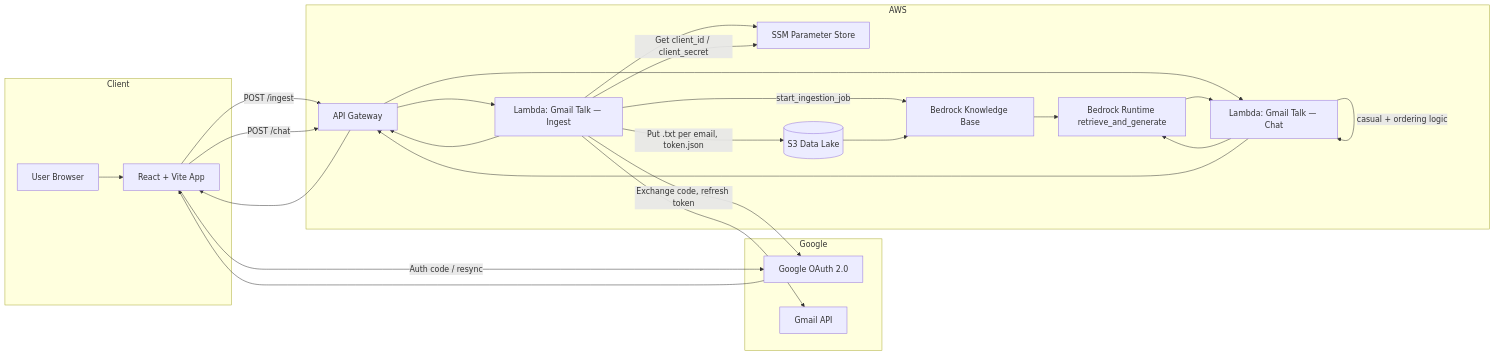
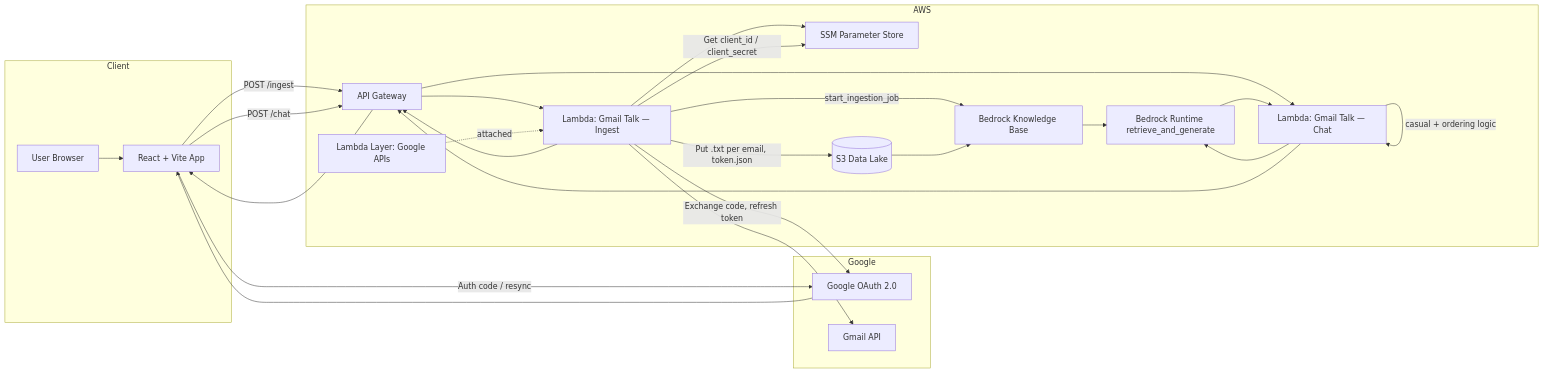
The diagram in README.md (paresh-p-crest/gmailchatbot), drawn with Mermaid before and after one commit. The commit also changed other lines of this file, not shown here.

````diff
--- a/README.md
+++ b/README.md
@@ -47,44 +81,46 @@
 ```mermaid
 flowchart LR
     subgraph Client
         U[User Browser]
         R[React + Vite App]
     end
 
     subgraph Google
         G[Google OAuth 2.0]
         GM[Gmail API]
     end
 
     subgraph AWS
         AG[API Gateway]
         LI[Lambda: Gmail Talk — Ingest]
         LC[Lambda: Gmail Talk — Chat]
+        LYR[Lambda Layer: Google APIs]
         SSM[SSM Parameter Store]
         S3[(S3 Data Lake)]
         BKB[Bedrock Knowledge Base]
         BR[Bedrock Runtime retrieve_and_generate]
     end
 
     U --> R
     R -->|Auth code / resync| G
     G --> R
     R -->|POST /ingest| AG
     R -->|POST /chat| AG
     AG --> LI
     AG --> LC
+    LYR -.->|attached| LI
     LI --> SSM
     LI -->|Get client_id / client_secret| SSM
     LI -->|Exchange code, refresh token| G
     LI --> GM
     LI -->|Put .txt per email, token.json| S3
     LI -->|start_ingestion_job| BKB
     S3 --> BKB
     LC -->|casual + ordering logic| LC
     LC --> BR
     BKB --> BR
     BR --> LC
     LC --> AG
     LI --> AG
     AG --> R
 ```
````
